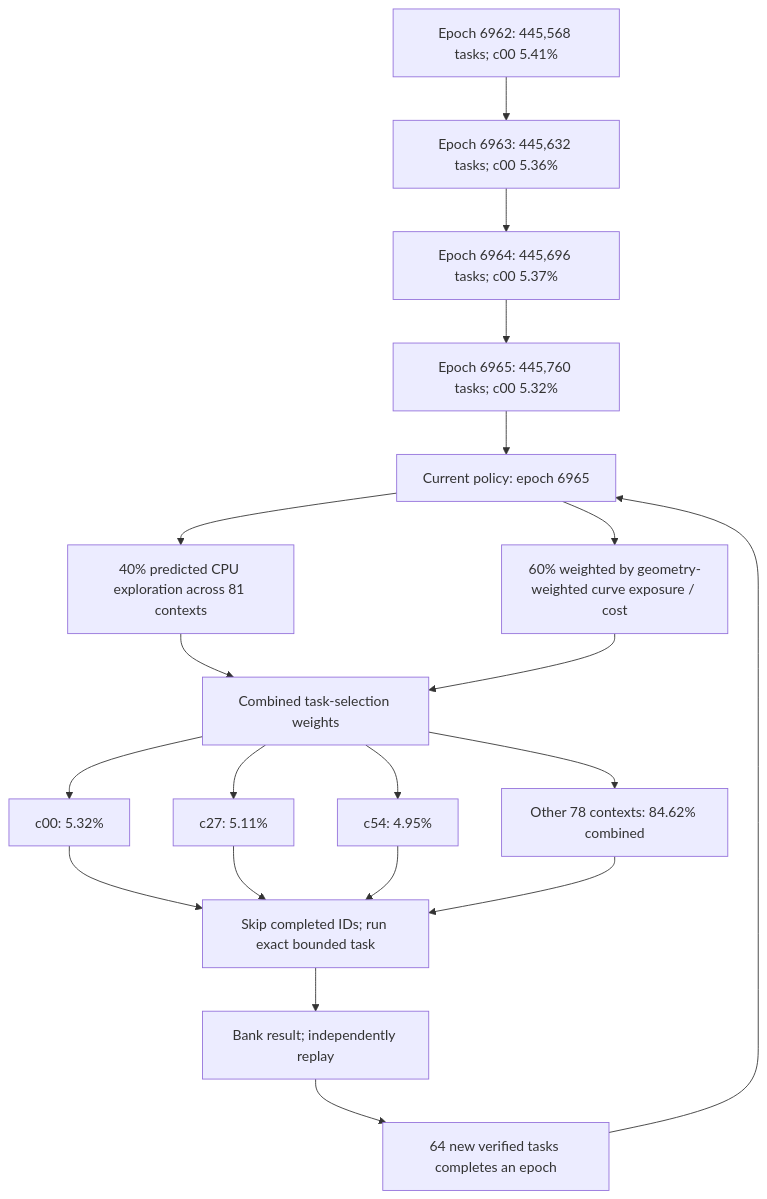
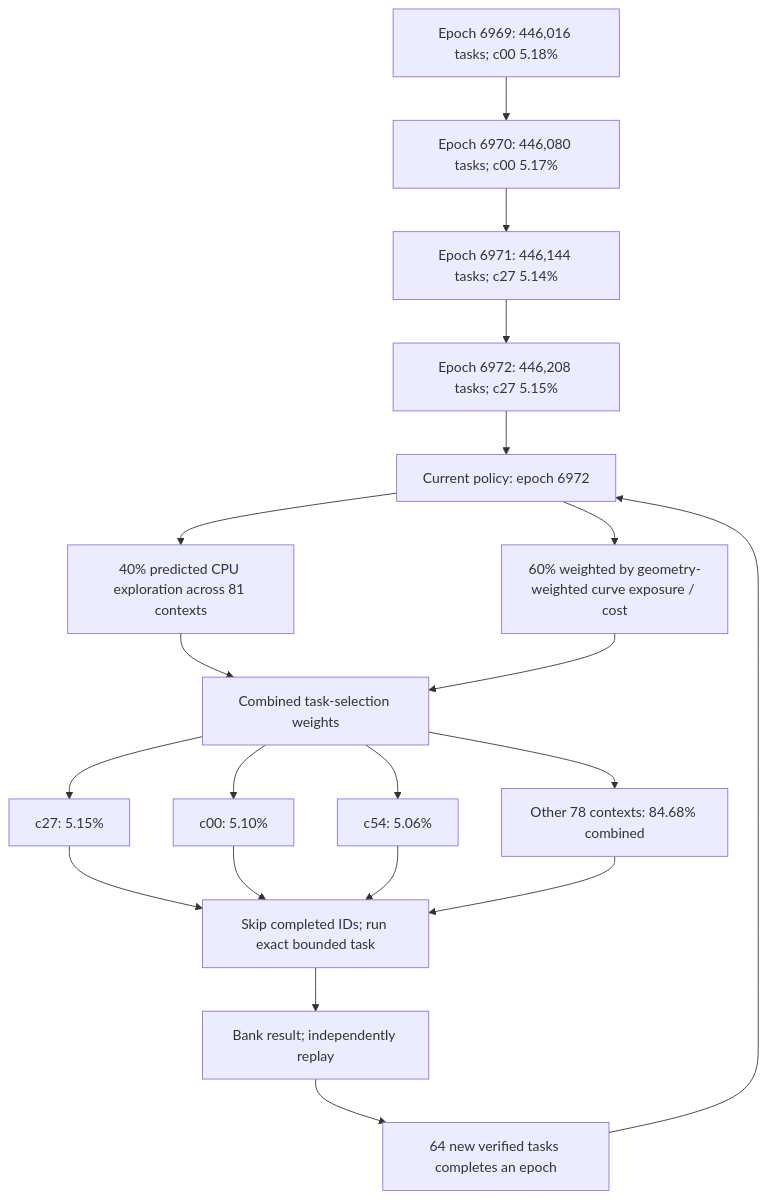
Before and after one commit to Kuberwastaken/math-gambling: the first of 4 diagrams in README.md, drawn with Mermaid. The commit also changed other lines of this file and 1461 other files, not shown here.

````diff
--- a/README.md
+++ b/README.md
@@ -60,27 +60,27 @@
 ```mermaid
 flowchart TD
-    H0["Epoch 6962: 445,568 tasks; c00 5.41%"]
-    H1["Epoch 6963: 445,632 tasks; c00 5.36%"]
+    H0["Epoch 6969: 446,016 tasks; c00 5.18%"]
+    H1["Epoch 6970: 446,080 tasks; c00 5.17%"]
     H0 --> H1
-    H2["Epoch 6964: 445,696 tasks; c00 5.37%"]
+    H2["Epoch 6971: 446,144 tasks; c27 5.14%"]
     H1 --> H2
-    H3["Epoch 6965: 445,760 tasks; c00 5.32%"]
+    H3["Epoch 6972: 446,208 tasks; c27 5.15%"]
     H2 --> H3
-    Policy["Current policy: epoch 6965"]
+    Policy["Current policy: epoch 6972"]
     H3 --> Policy
     Policy --> Explore["40% predicted CPU exploration across 81 contexts"]
     Policy --> Cost["60% weighted by geometry-weighted curve exposure / cost"]
     Explore --> Mix["Combined task-selection weights"]
     Cost --> Mix
-    Mix --> C0["c00: 5.32%"]
-    Mix --> C1["c27: 5.11%"]
-    Mix --> C2["c54: 4.95%"]
-    Mix --> Rest["Other 78 contexts: 84.62% combined"]
+    Mix --> C0["c27: 5.15%"]
+    Mix --> C1["c00: 5.10%"]
+    Mix --> C2["c54: 5.06%"]
+    Mix --> Rest["Other 78 contexts: 84.68% combined"]
     C0 --> Check["Skip completed IDs; run exact bounded task"]
     C1 --> Check
     C2 --> Check
     Rest --> Check
     Check --> Replay["Bank result; independently replay"]
     Replay --> Gate["64 new verified tasks completes an epoch"]
     Gate --> Policy
 ```
````
